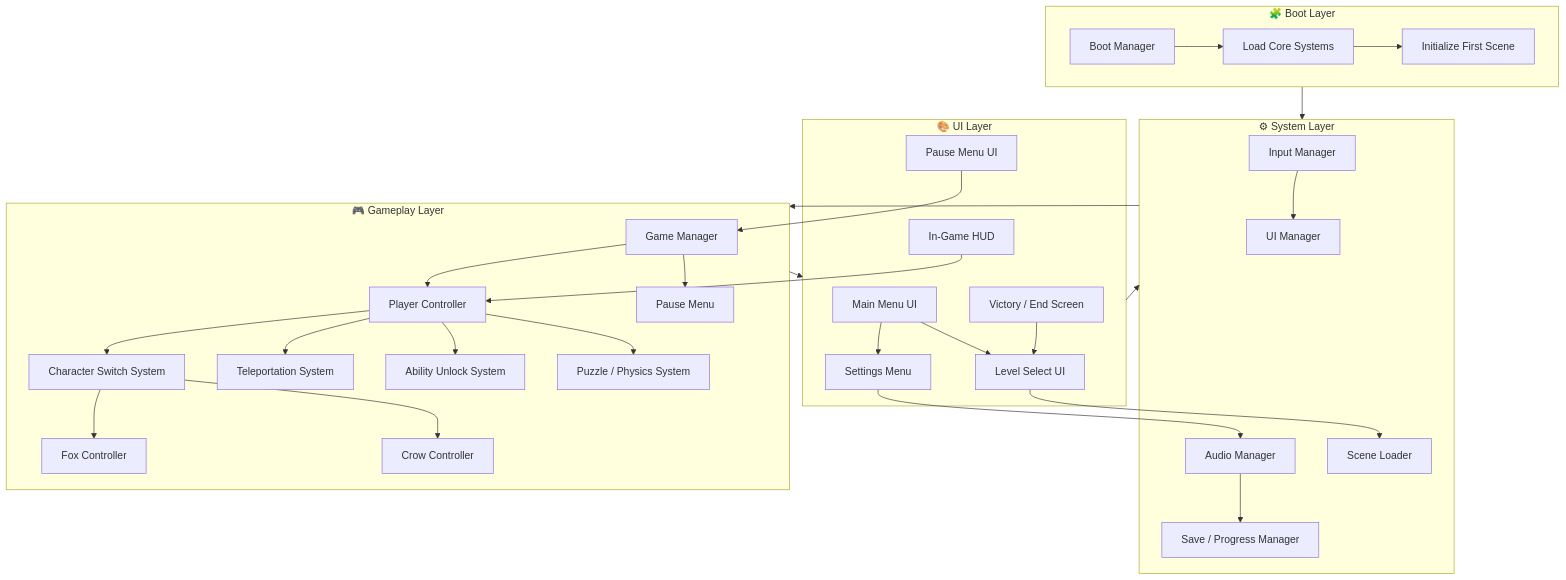
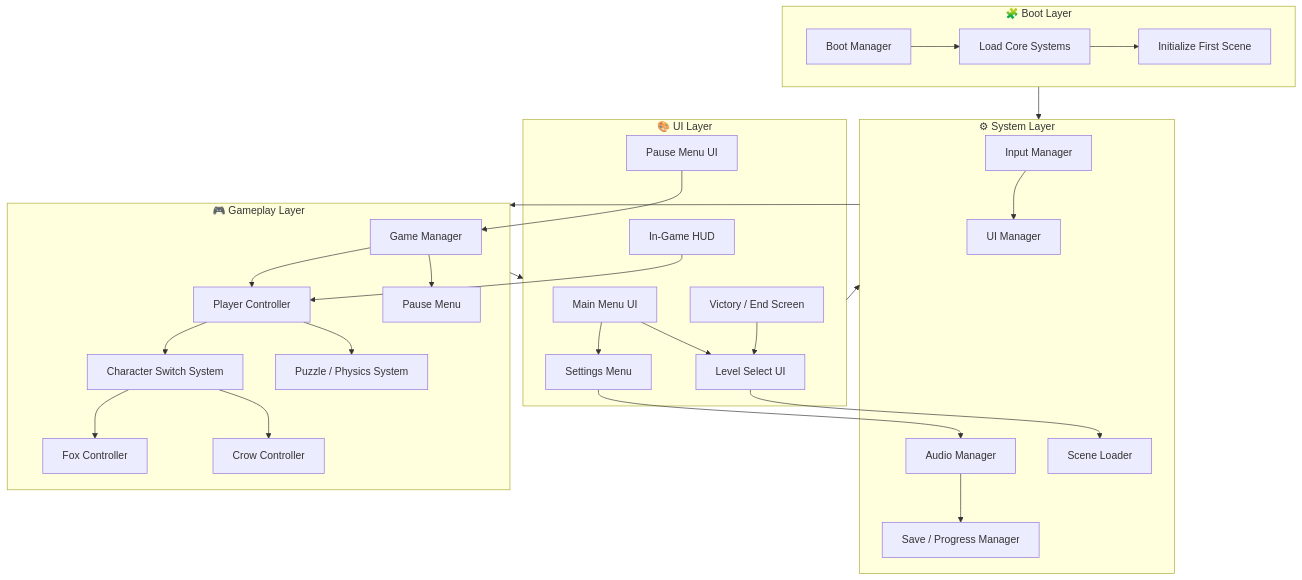
Before and after one commit to Justsomeguy241/Out-of-the-box: the second of 4 diagrams in README.md, drawn with Mermaid.

````diff
--- a/README.md
+++ b/README.md
@@ -51,70 +51,65 @@
 ```mermaid
 graph TD
 
 %% ========== BOOT / INIT ==========
 subgraph Boot_Layer["🧩 Boot Layer"]
     Boot[Boot Manager]
     LoadSystems[Load Core Systems]
     InitScene[Initialize First Scene]
     Boot --> LoadSystems --> InitScene
 end
 
 %% ========== SYSTEM LAYER ==========
 subgraph System_Layer["⚙ System Layer"]
     InputManager[Input Manager]
     AudioManager[Audio Manager]
     SaveSystem[Save / Progress Manager]
     SceneLoader[Scene Loader]
     UIManager[UI Manager]
     AudioManager --> SaveSystem
     InputManager --> UIManager
 end
 
 %% ========== GAMEPLAY LAYER ==========
 subgraph Gameplay_Layer["🎮 Gameplay Layer"]
     GameManager[Game Manager]
     PlayerController[Player Controller]
     SwitchSystem[Character Switch System]
     Fox[Fox Controller]
     Crow[Crow Controller]
-    TeleportSystem[Teleportation System]
-    AbilitySystem[Ability Unlock System]
     PuzzleSystem[Puzzle / Physics System]
     PauseMenu[Pause Menu]
     
     GameManager --> PlayerController
     PlayerController --> SwitchSystem
     SwitchSystem --> Fox
     SwitchSystem --> Crow
-    PlayerController --> TeleportSystem
-    PlayerController --> AbilitySystem
     PlayerController --> PuzzleSystem
     GameManager --> PauseMenu
 end
 
 %% ========== UI LAYER ==========
 subgraph UI_Layer["🎨 UI Layer"]
     MainMenu[Main Menu UI]
     LevelSelect[Level Select UI]
     SettingsUI[Settings Menu]
     PauseUI[Pause Menu UI]
     VictoryScreen[Victory / End Screen]
     HUD[In-Game HUD]
     
     MainMenu --> LevelSelect
     MainMenu --> SettingsUI
     LevelSelect --> SceneLoader
     PauseUI --> GameManager
     HUD --> PlayerController
     SettingsUI --> AudioManager
     VictoryScreen --> LevelSelect
 end
 
 %% ========== CONNECTIONS BETWEEN LAYERS ==========
 Boot_Layer --> System_Layer
 System_Layer --> Gameplay_Layer
 Gameplay_Layer --> UI_Layer
 UI_Layer --> System_Layer
 
-
 ```
````
